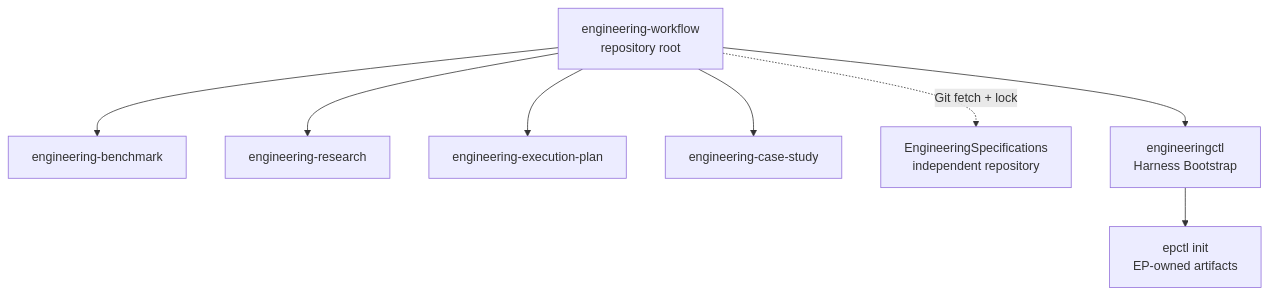
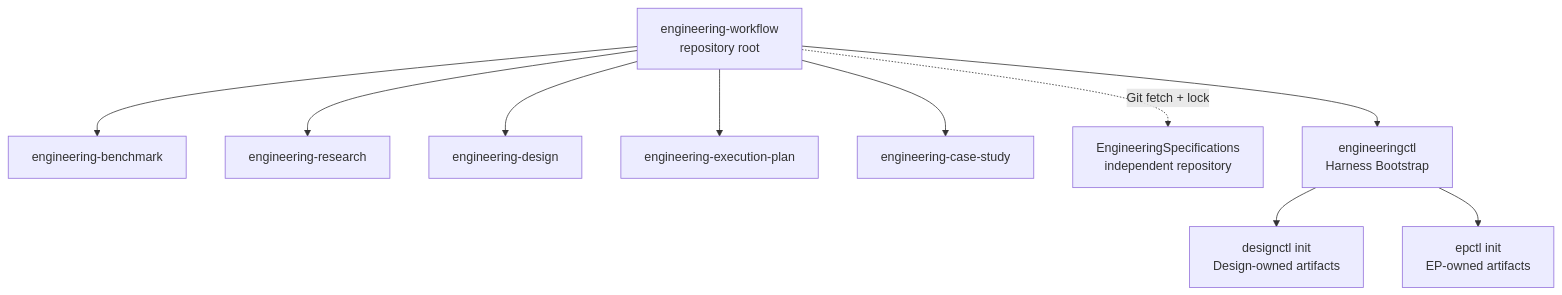
Before and after one commit to XiaoWeiKIN/RepoFoundryAI: the diagram in docs/design-docs/engineering-workflow-packaging.md, drawn with Mermaid. The commit also changed other lines of this file and 52 other files, not shown here.

````diff
--- a/docs/design-docs/engineering-workflow-packaging.md
+++ b/docs/design-docs/engineering-workflow-packaging.md
@@ -40,11 +44,13 @@
 ```mermaid
 flowchart TB
     W["engineering-workflow<br/>repository root"]
     W --> B["engineering-benchmark"]
     W --> R["engineering-research"]
+    W --> D["engineering-design"]
     W --> E["engineering-execution-plan"]
     W --> C["engineering-case-study"]
     W -.->|"Git fetch + lock"| S["EngineeringSpecifications<br/>independent repository"]
     W --> H["engineeringctl<br/>Harness Bootstrap"]
-    H --> I["epctl init<br/>EP-owned artifacts"]
+    H --> DI["designctl init<br/>Design-owned artifacts"]
+    H --> EI["epctl init<br/>EP-owned artifacts"]
 ```
````
